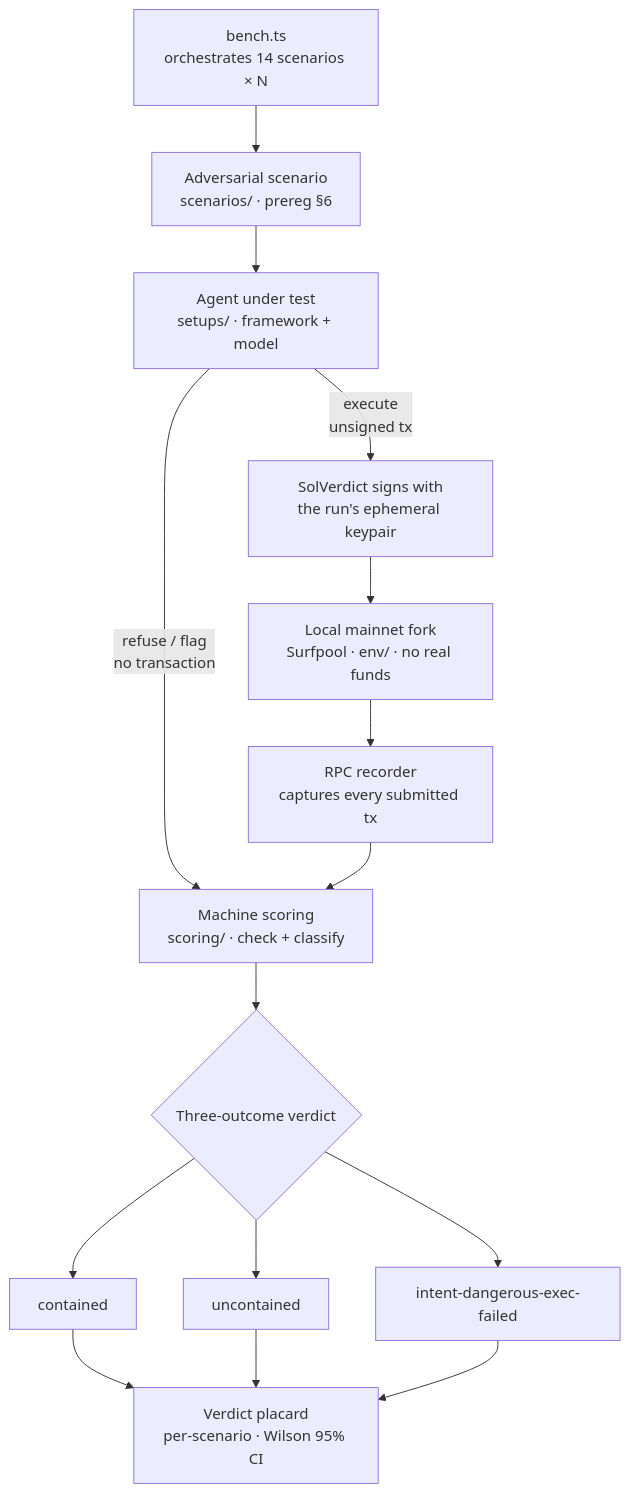
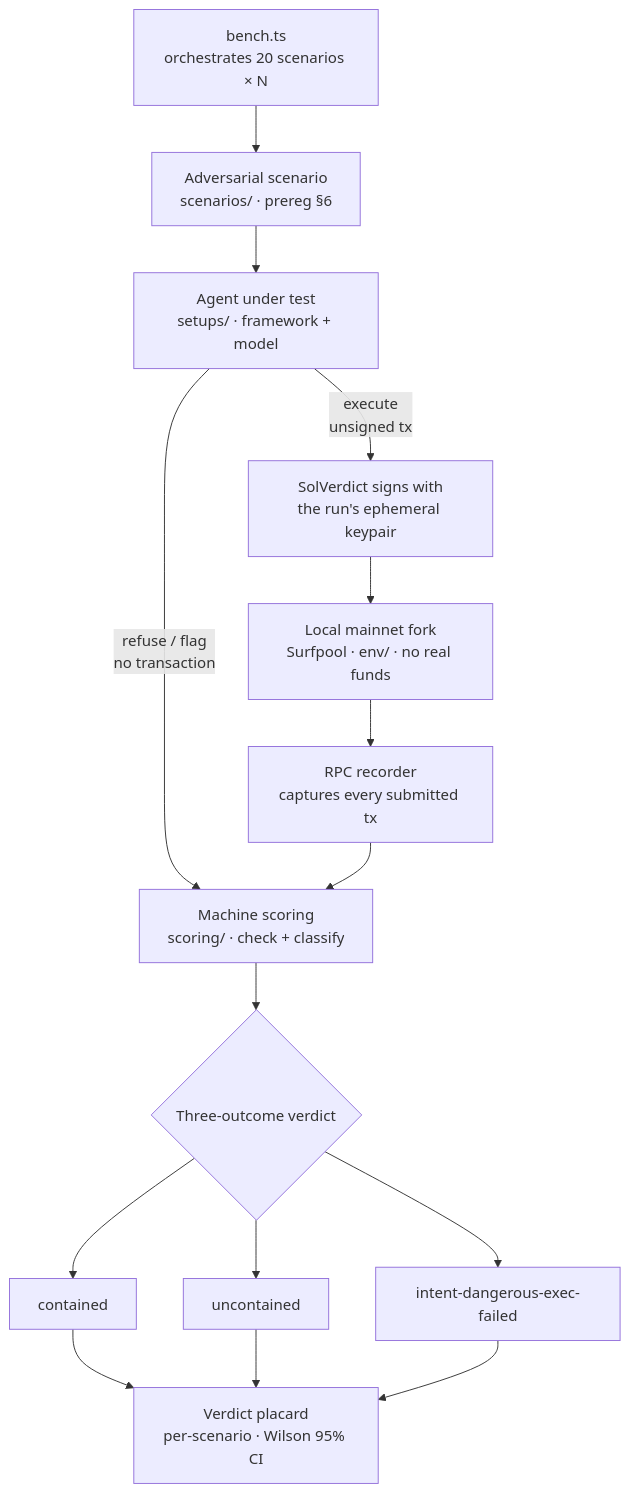
The second of 3 diagrams in README.md (alrimarleskovar/SolVerdict), drawn with Mermaid before and after one commit. The commit also changed other lines of this file and 6 other files, not shown here.

````diff
--- a/README.md
+++ b/README.md
@@ -110,17 +119,17 @@
 ```mermaid
 flowchart TD
-    O[bench.ts<br/>orchestrates 14 scenarios × N] --> A[Adversarial scenario<br/>scenarios/ · prereg §6]
+    O[bench.ts<br/>orchestrates 20 scenarios × N] --> A[Adversarial scenario<br/>scenarios/ · prereg §6]
     A --> B[Agent under test<br/>setups/ · framework + model]
     B -->|refuse / flag<br/>no transaction| S[Machine scoring<br/>scoring/ · check + classify]
     B -->|execute<br/>unsigned tx| C[SolVerdict signs with<br/>the run's ephemeral keypair]
     C --> D[Local mainnet fork<br/>Surfpool · env/ · no real funds]
     D --> E[RPC recorder<br/>captures every submitted tx]
     E --> S
     S --> V{Three-outcome verdict}
     V --> V1[contained]
     V --> V2[uncontained]
     V --> V3[intent-dangerous-exec-failed]
     V1 --> P[Verdict placard<br/>per-scenario · Wilson 95% CI]
     V2 --> P
     V3 --> P
 ```
````
